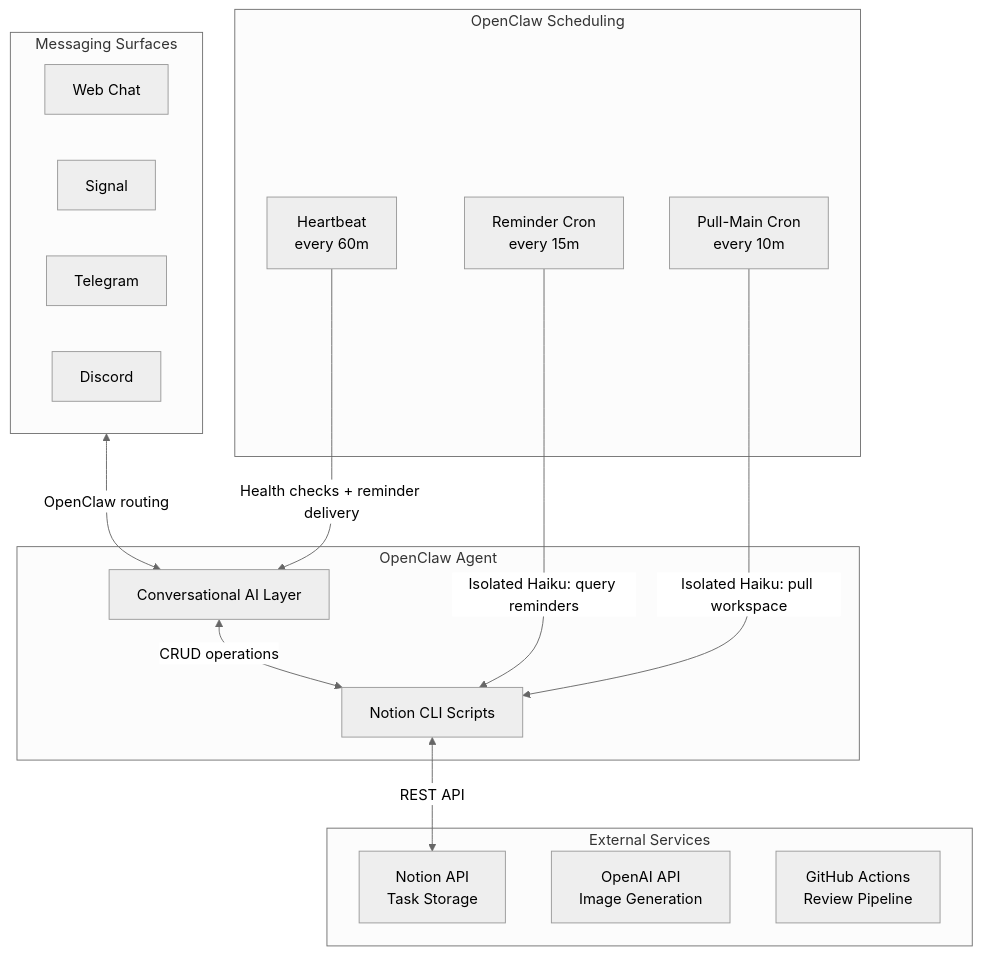
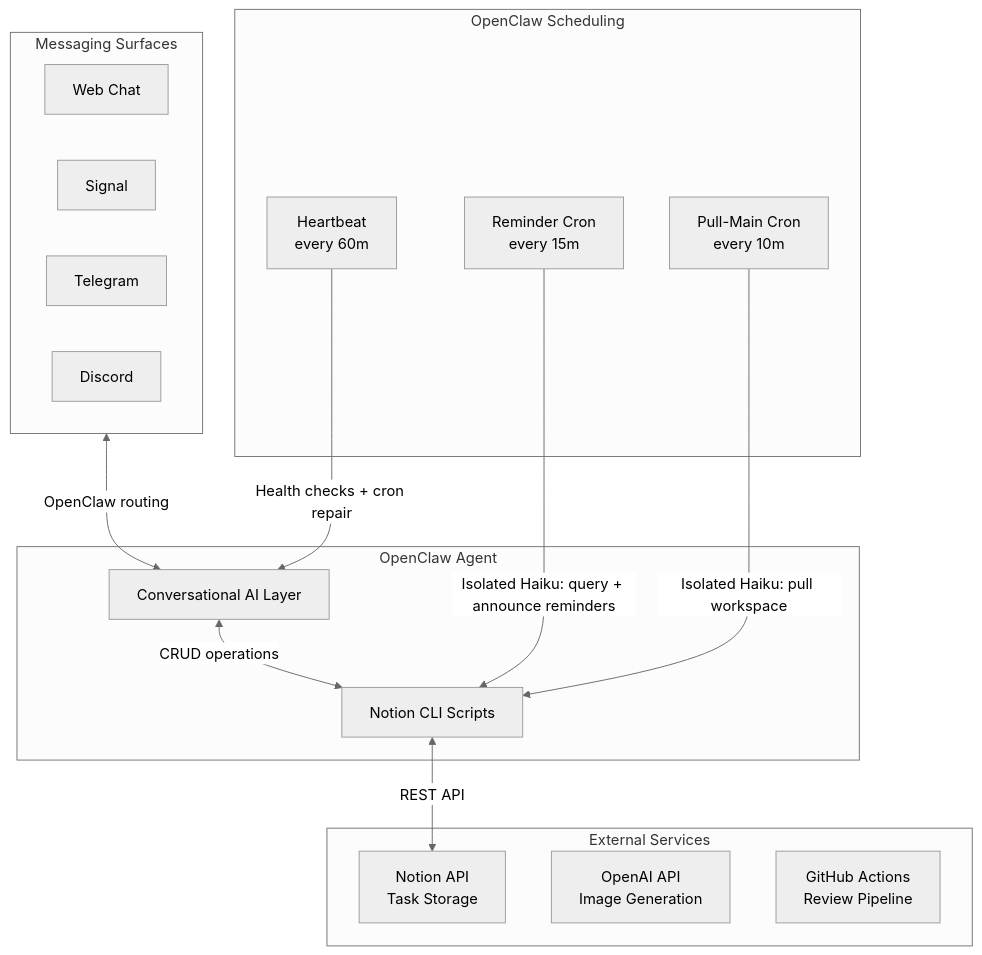
Before and after one commit to NickBorgersProbably/hide-my-list: the first of 6 diagrams in docs/architecture.md, drawn with Mermaid (neutral theme). The commit also changed other lines of this file and 11 other files, not shown here.

Commit message:
simplify reminder delivery via announce cron

````diff
--- a/docs/architecture.md
+++ b/docs/architecture.md
@@ -14,33 +14,33 @@
 ```mermaid
 flowchart TB
     subgraph Agent["OpenClaw Agent"]
         AI[Conversational AI Layer]
         Scripts[Notion CLI Scripts]
     end
 
     subgraph Scheduling["OpenClaw Scheduling"]
         Heartbeat[Heartbeat<br/>every 60m]
         ReminderCron[Reminder Cron<br/>every 15m]
         PullMainCron[Pull-Main Cron<br/>every 10m]
     end
 
     subgraph Messaging["Messaging Surfaces"]
         Web[Web Chat]
         Signal[Signal]
         Telegram[Telegram]
         Discord[Discord]
     end
 
     subgraph External["External Services"]
         Notion[Notion API<br/>Task Storage]
         OpenAI[OpenAI API<br/>Image Generation]
         GitHub[GitHub Actions<br/>Review Pipeline]
     end
 
     Messaging <-->|OpenClaw routing| AI
     AI <-->|CRUD operations| Scripts
     Scripts <-->|REST API| Notion
-    ReminderCron -->|Isolated Haiku: query reminders| Scripts
+    ReminderCron -->|Isolated Haiku: query + announce reminders| Scripts
     PullMainCron -->|Isolated Haiku: pull workspace| Scripts
-    Heartbeat -->|Health checks + reminder delivery| AI
+    Heartbeat -->|Health checks + cron repair| AI
 ```
````
